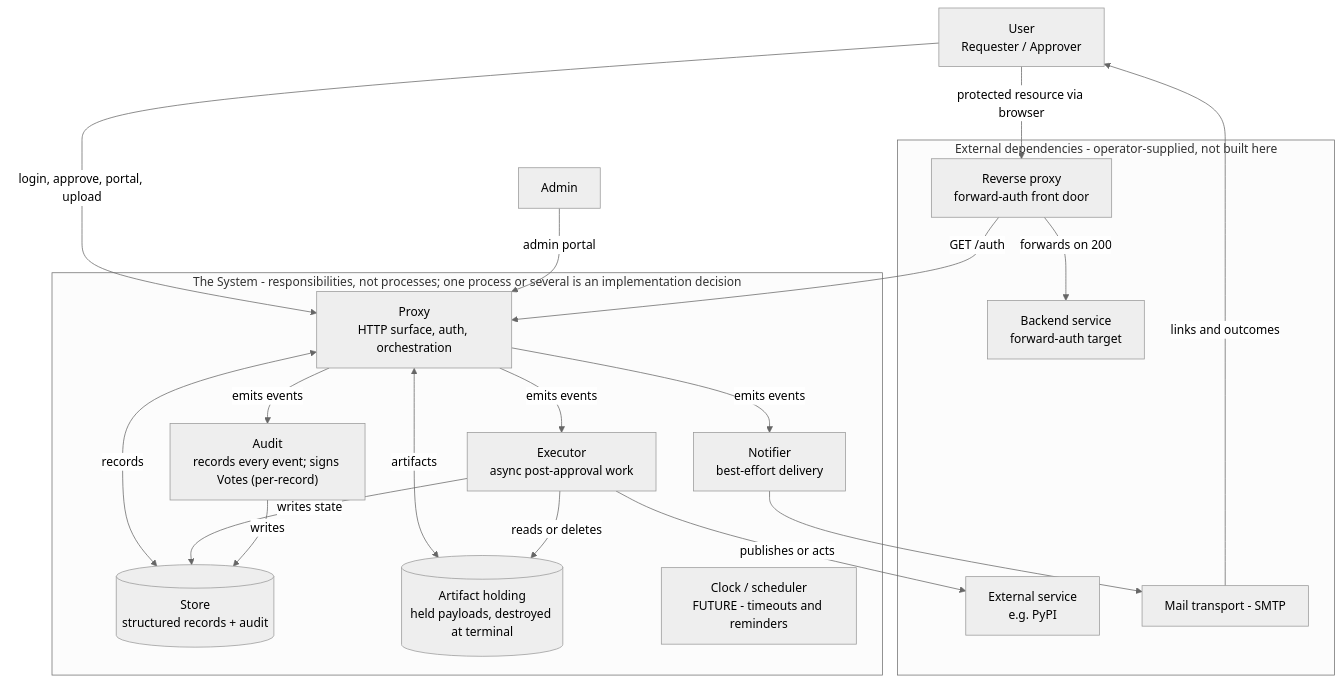
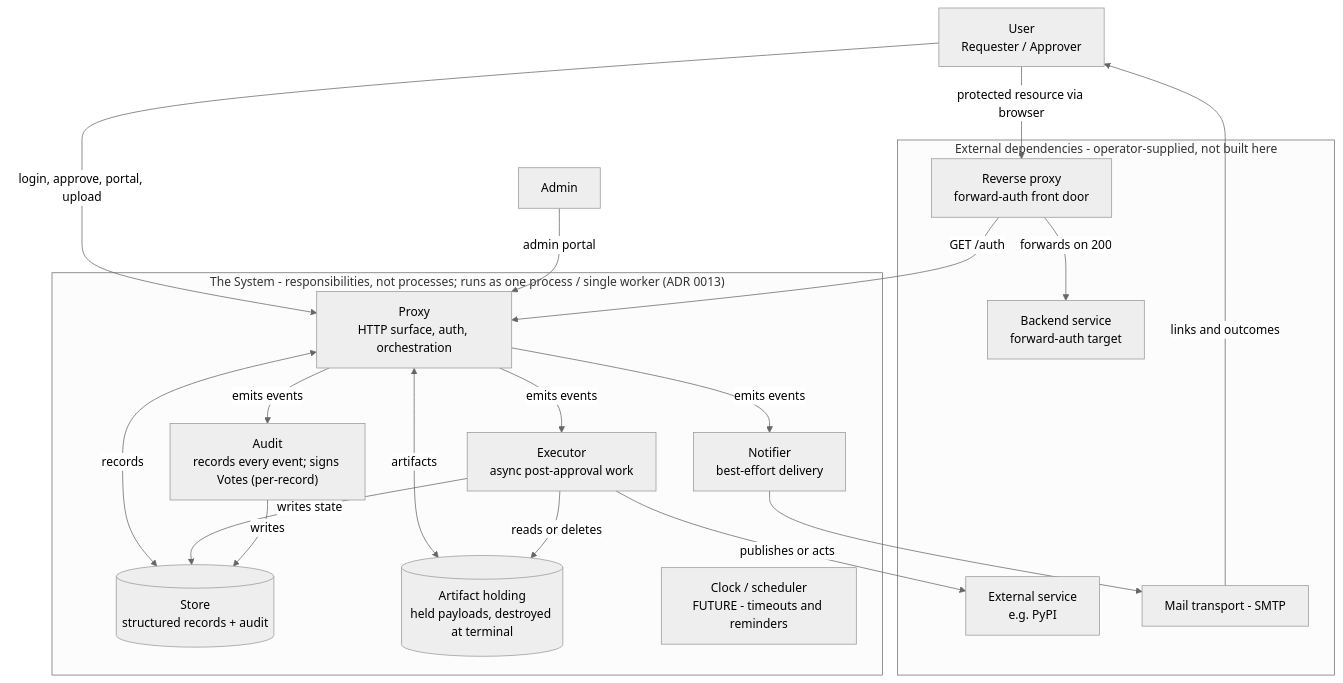
One commit to Ian-Costa18/Cybersecurity-Practicum changed the diagram in docs/architecture.md. Above: the diagram before and after it, drawn with Mermaid (neutral theme). The commit also changed other lines of this file and 12 other files, not shown here.

````diff
--- a/docs/architecture.md
+++ b/docs/architecture.md
@@ -13,41 +13,41 @@
 ```mermaid
 flowchart TB
     user["User<br/>Requester / Approver"]
     admin["Admin"]
 
     subgraph ext["External dependencies - operator-supplied, not built here"]
         rproxy["Reverse proxy<br/>forward-auth front door"]
         backend["Backend service<br/>forward-auth target"]
         extsvc["External service<br/>e.g. PyPI"]
         mail["Mail transport - SMTP"]
     end
 
-    subgraph sys["The System - responsibilities, not processes; one process or several is an implementation decision"]
+    subgraph sys["The System - responsibilities, not processes; runs as one process / single worker (ADR 0013)"]
         proxy["Proxy<br/>HTTP surface, auth, orchestration"]
         store[("Store<br/>structured records + audit")]
         artifacts[("Artifact holding<br/>held payloads, destroyed at terminal")]
         executor["Executor<br/>async post-approval work"]
         notifier["Notifier<br/>best-effort delivery"]
         audit["Audit<br/>records every event; signs Votes (per-record)"]
         clock["Clock / scheduler<br/>FUTURE - timeouts and reminders"]
     end
 
     user -->|protected resource via browser| rproxy
     user -->|login, approve, portal, upload| proxy
     admin -->|admin portal| proxy
     rproxy -->|GET /auth| proxy
     rproxy -->|forwards on 200| backend
 
     proxy <-->|records| store
     proxy <-->|artifacts| artifacts
     proxy -->|emits events| executor
     proxy -->|emits events| notifier
     proxy -->|emits events| audit
 
     executor -->|publishes or acts| extsvc
     executor -->|writes state| store
     executor -->|reads or deletes| artifacts
     audit -->|writes| store
     notifier --> mail
     mail -->|links and outcomes| user
 ```
````
